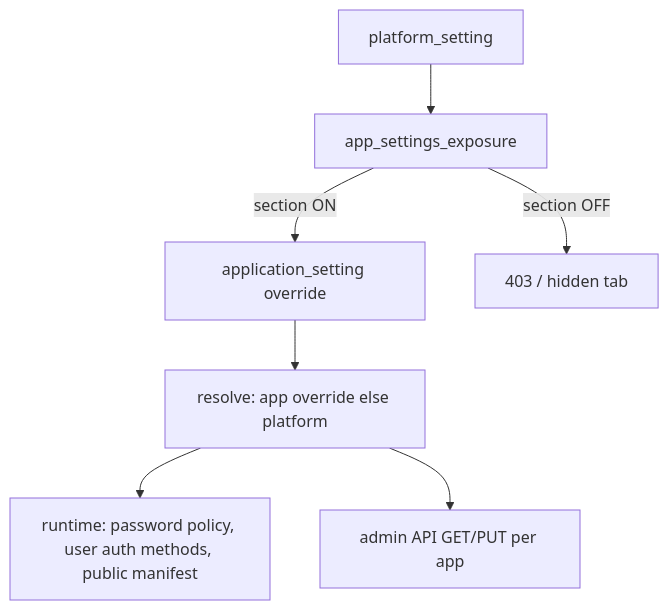
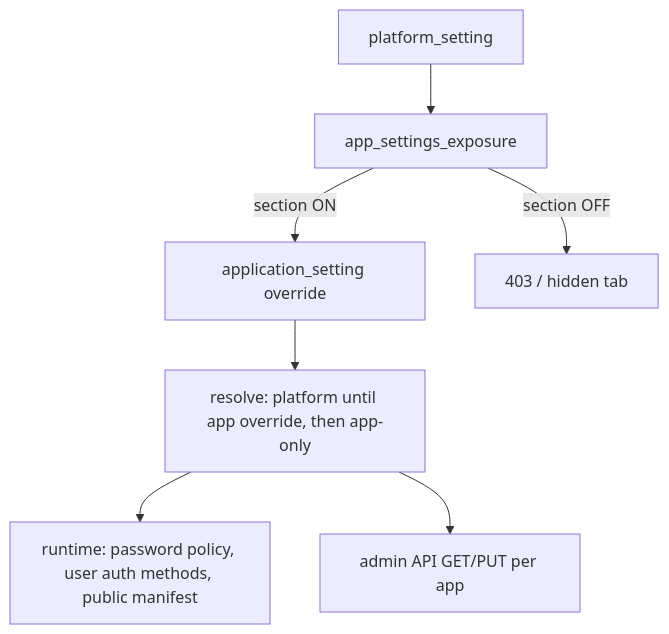
Before and after one commit to DTA0801/SecureOne: the first of 2 diagrams in docs/10-settings-governance.md, drawn with Mermaid. The commit also changed other lines of this file and 55 other files, not shown here.

````diff
--- a/docs/10-settings-governance.md
+++ b/docs/10-settings-governance.md
@@ -7,9 +7,9 @@
 ```mermaid
 flowchart TD
   PS[platform_setting] --> PE[app_settings_exposure]
   PE -->|section ON| AA[application_setting override]
   PE -->|section OFF| PX[403 / hidden tab]
-  AA --> RES[resolve: app override else platform]
+  AA --> RES[resolve: platform until app override, then app-only]
   RES --> RUN[runtime: password policy, user auth methods, public manifest]
   RES --> ADM[admin API GET/PUT per app]
 ```
````
